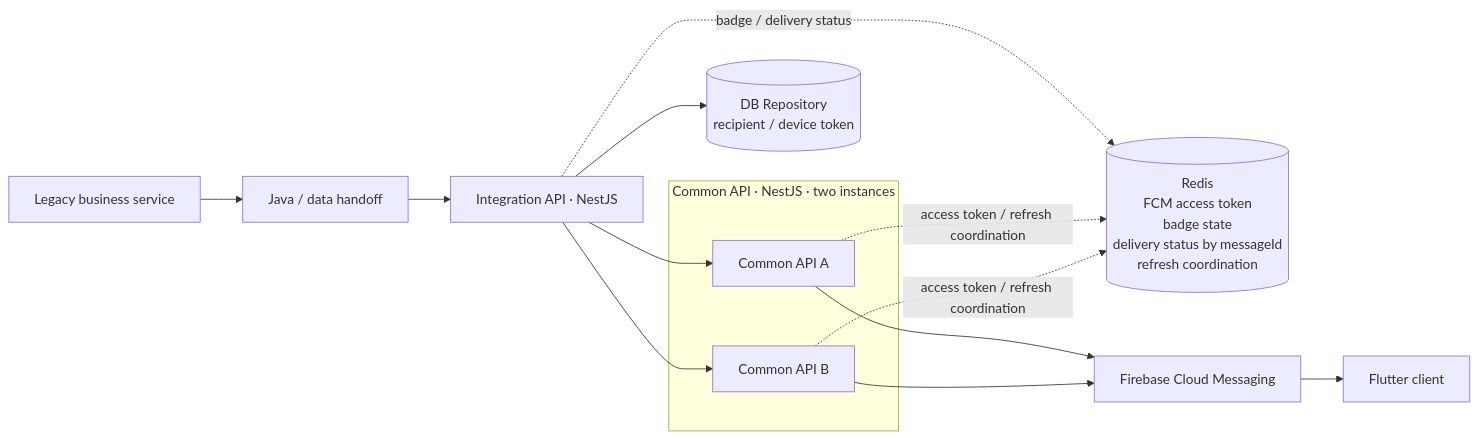
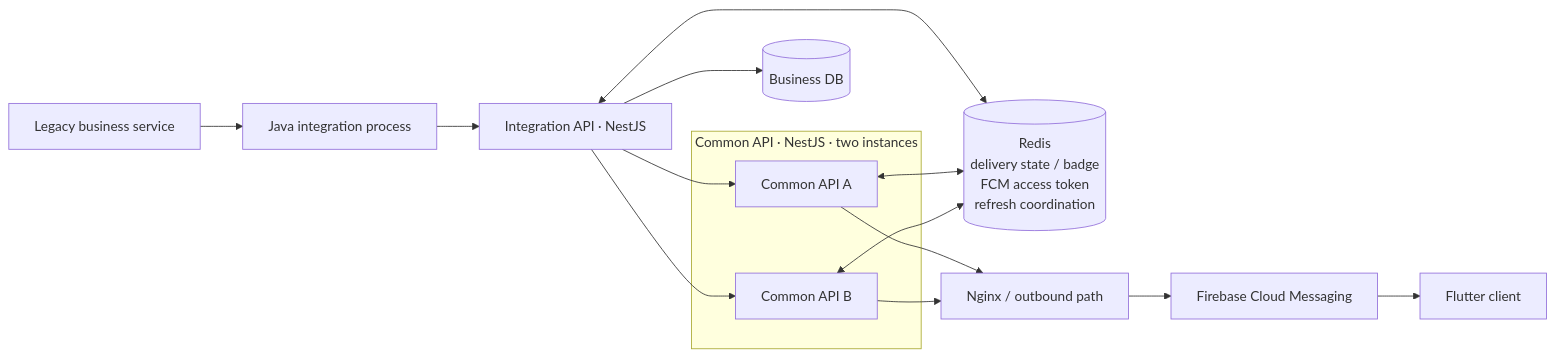
One commit to clsung7911/reliable-messaging-platform changed the diagram in diagrams/architecture.mmd. Above: the diagram before and after it, drawn with Mermaid. The commit also changed 38 other files, not shown here.

```diff
--- a/diagrams/architecture.mmd
+++ b/diagrams/architecture.mmd
@@ -1,22 +1,25 @@
 flowchart LR
     L[Legacy business service]
-    J[Java / data handoff]
+    J[Java integration process]
     M[Integration API · NestJS]
-    DB[(DB Repository<br/>recipient / device token)]
+    DB[(Business DB)]
+    R[(Redis<br/>delivery state / badge<br/>FCM access token<br/>refresh coordination)]
     subgraph COMMON[Common API · NestJS · two instances]
         C1[Common API A]
         C2[Common API B]
     end
-    R[(Redis<br/>FCM access token<br/>badge state<br/>delivery status by messageId<br/>refresh coordination)]
+    N[Nginx / outbound path]
     F[Firebase Cloud Messaging]
     D[Flutter client]
-    L --> J --> M
+    L --> J
+    J --> M
     M --> DB
+    M <--> R
     M --> C1
     M --> C2
-    M -. badge / delivery status .-> R
-    C1 -. access token / refresh coordination .-> R
-    C2 -. access token / refresh coordination .-> R
-    C1 --> F
-    C2 --> F
+    C1 <--> R
+    C2 <--> R
+    C1 --> N
+    C2 --> N
+    N --> F
     F --> D
```
